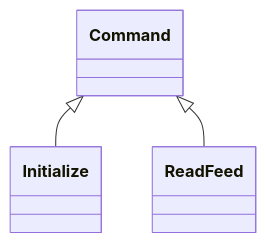
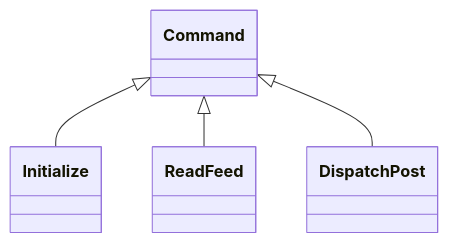
One commit to MichinobuMaeda/squirrelwheel changed the seventh of 8 diagrams in README.md. Above: the diagram before and after it, drawn with Mermaid. The commit also changed other lines of this file and 20 other files, not shown here.

Commit message:
add command DispatchPost

````diff
--- a/README.md
+++ b/README.md
@@ -163,5 +171,6 @@
 ```mermaid
 classDiagram
 Command <|-- Initialize
 Command <|-- ReadFeed
+Command <|-- DispatchPost
 ```
````
